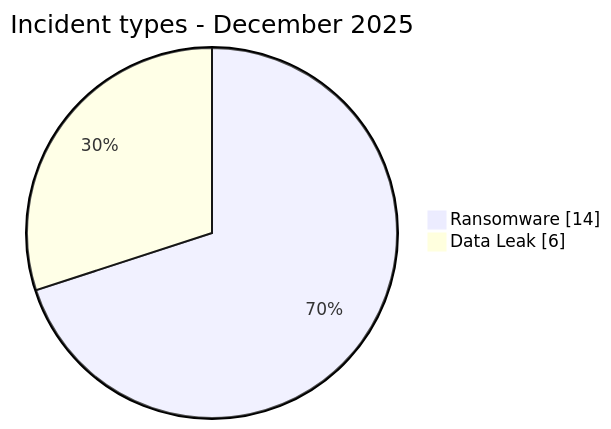
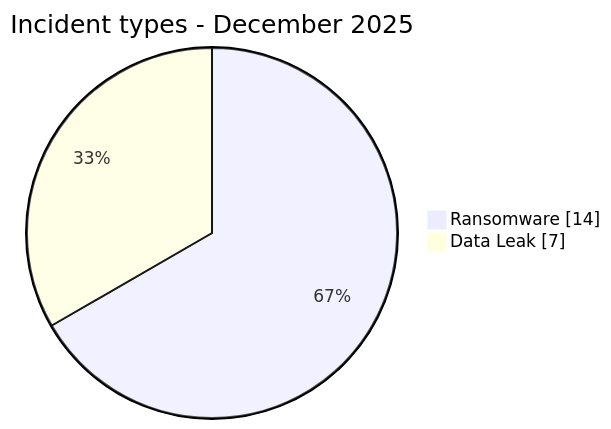
The first of 2 diagrams in CyberAttackAfrica/2025/12-december/README.md (Hatchepsoute/AFRINTEL), drawn with Mermaid before and after one commit. The commit also changed other lines of this file and 1034 other files, not shown here.

````diff
--- a/CyberAttackAfrica/2025/12-december/README.md
+++ b/CyberAttackAfrica/2025/12-december/README.md
@@ -73,6 +75,6 @@
 ```mermaid
 pie showData
     title Incident types - December 2025
     "Ransomware" : 14
-    "Data Leak" : 6
+    "Data Leak" : 7
 ```
````
